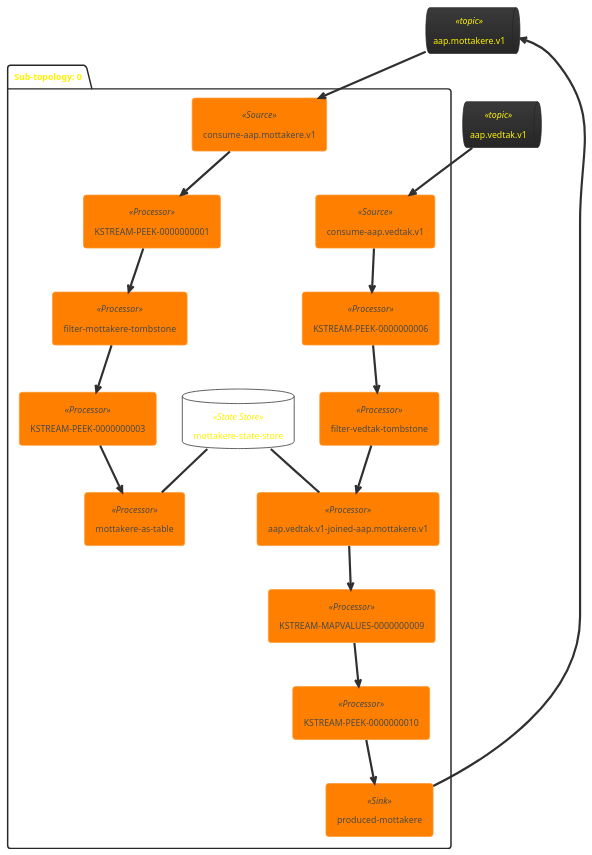
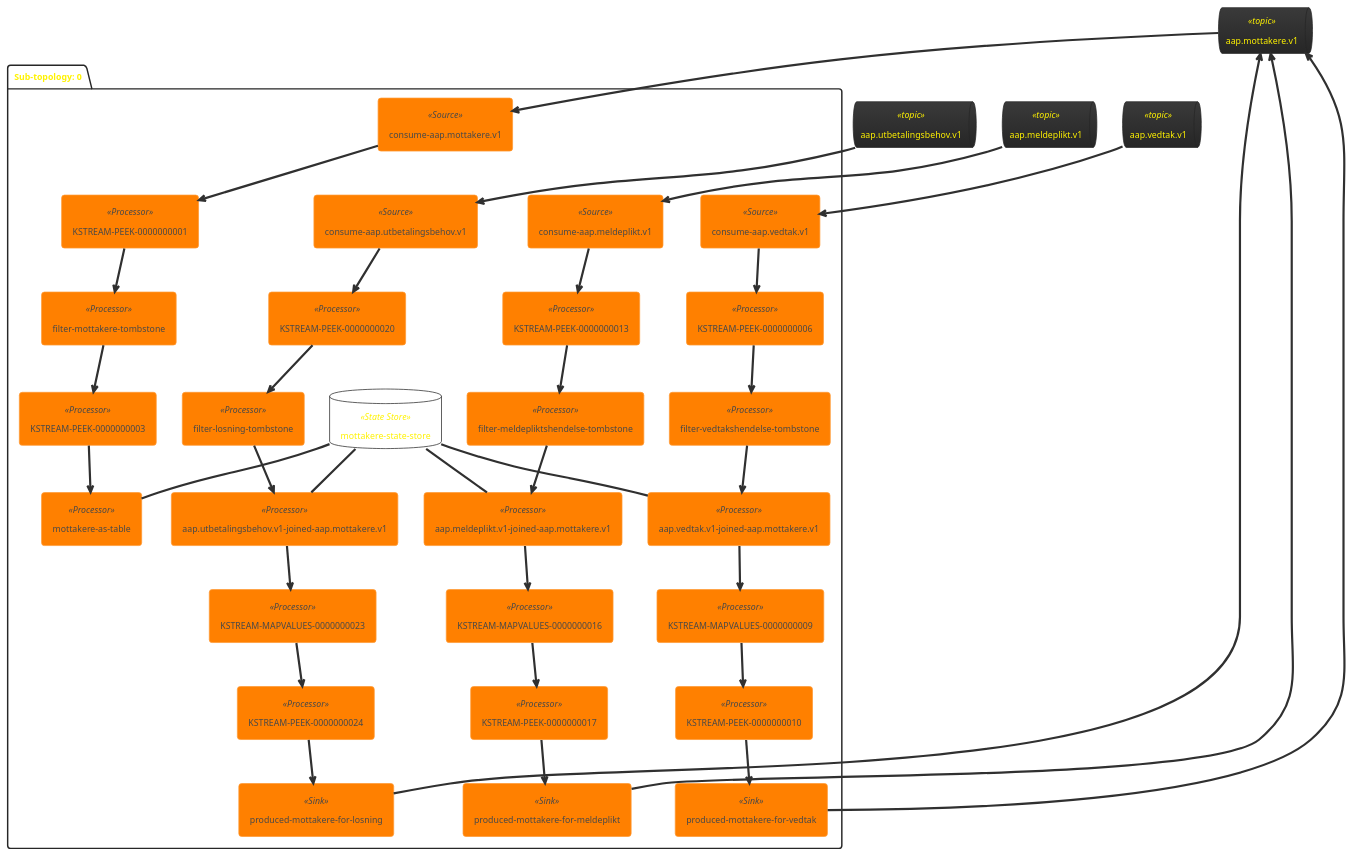
The diagram in doc/topology.puml (navikt/aap-utbetaling), drawn with PlantUML before and after one commit. The commit also changed 8 other files, not shown here.

```diff
--- a/doc/topology.puml
+++ b/doc/topology.puml
@@ -1,35 +1,69 @@
 @startuml
 !theme black-knight
 queue "aap.mottakere.v1" <<topic>> as aap_mottakere_v1
+queue "aap.meldeplikt.v1" <<topic>> as aap_meldeplikt_v1
+queue "aap.utbetalingsbehov.v1" <<topic>> as aap_utbetalingsbehov_v1
 queue "aap.vedtak.v1" <<topic>> as aap_vedtak_v1
 package "Sub-topology: 0" {
 	database "mottakere-state-store" <<State Store>> as mottakere_state_store
+	agent "consume-aap.meldeplikt.v1" <<Source>> as consume_aap_meldeplikt_v1
+	agent "consume-aap.utbetalingsbehov.v1" <<Source>> as consume_aap_utbetalingsbehov_v1
 	agent "consume-aap.vedtak.v1" <<Source>> as consume_aap_vedtak_v1
 	agent "KSTREAM-PEEK-0000000006" <<Processor>> as KSTREAM_PEEK_0000000006
+	agent "KSTREAM-PEEK-0000000013" <<Processor>> as KSTREAM_PEEK_0000000013
+	agent "KSTREAM-PEEK-0000000020" <<Processor>> as KSTREAM_PEEK_0000000020
 	agent "consume-aap.mottakere.v1" <<Source>> as consume_aap_mottakere_v1
-	agent "filter-vedtak-tombstone" <<Processor>> as filter_vedtak_tombstone
+	agent "filter-losning-tombstone" <<Processor>> as filter_losning_tombstone
+	agent "filter-meldepliktshendelse-tombstone" <<Processor>> as filter_meldepliktshendelse_tombstone
+	agent "filter-vedtakshendelse-tombstone" <<Processor>> as filter_vedtakshendelse_tombstone
 	agent "KSTREAM-PEEK-0000000001" <<Processor>> as KSTREAM_PEEK_0000000001
+	agent "aap.meldeplikt.v1-joined-aap.mottakere.v1" <<Processor>> as aap_meldeplikt_v1_joined_aap_mottakere_v1
+	agent "aap.utbetalingsbehov.v1-joined-aap.mottakere.v1" <<Processor>> as aap_utbetalingsbehov_v1_joined_aap_mottakere_v1
 	agent "aap.vedtak.v1-joined-aap.mottakere.v1" <<Processor>> as aap_vedtak_v1_joined_aap_mottakere_v1
 	agent "KSTREAM-MAPVALUES-0000000009" <<Processor>> as KSTREAM_MAPVALUES_0000000009
+	agent "KSTREAM-MAPVALUES-0000000016" <<Processor>> as KSTREAM_MAPVALUES_0000000016
+	agent "KSTREAM-MAPVALUES-0000000023" <<Processor>> as KSTREAM_MAPVALUES_0000000023
 	agent "filter-mottakere-tombstone" <<Processor>> as filter_mottakere_tombstone
 	agent "KSTREAM-PEEK-0000000003" <<Processor>> as KSTREAM_PEEK_0000000003
 	agent "KSTREAM-PEEK-0000000010" <<Processor>> as KSTREAM_PEEK_0000000010
+	agent "KSTREAM-PEEK-0000000017" <<Processor>> as KSTREAM_PEEK_0000000017
+	agent "KSTREAM-PEEK-0000000024" <<Processor>> as KSTREAM_PEEK_0000000024
 	agent "mottakere-as-table" <<Processor>> as mottakere_as_table
-	agent "produced-mottakere" <<Sink>> as produced_mottakere
+	agent "produced-mottakere-for-losning" <<Sink>> as produced_mottakere_for_losning
+	agent "produced-mottakere-for-meldeplikt" <<Sink>> as produced_mottakere_for_meldeplikt
+	agent "produced-mottakere-for-vedtak" <<Sink>> as produced_mottakere_for_vedtak
+	aap_meldeplikt_v1 --> consume_aap_meldeplikt_v1
+	aap_utbetalingsbehov_v1 --> consume_aap_utbetalingsbehov_v1
 	aap_vedtak_v1 --> consume_aap_vedtak_v1
 	aap_mottakere_v1 --> consume_aap_mottakere_v1
+	mottakere_state_store -- aap_meldeplikt_v1_joined_aap_mottakere_v1
+	mottakere_state_store -- aap_utbetalingsbehov_v1_joined_aap_mottakere_v1
 	mottakere_state_store -- aap_vedtak_v1_joined_aap_mottakere_v1
 	mottakere_state_store -- mottakere_as_table
-	aap_mottakere_v1 <-- produced_mottakere
+	aap_mottakere_v1 <-- produced_mottakere_for_losning
+	aap_mottakere_v1 <-- produced_mottakere_for_meldeplikt
+	aap_mottakere_v1 <-- produced_mottakere_for_vedtak
+	consume_aap_meldeplikt_v1 --> KSTREAM_PEEK_0000000013
+	consume_aap_utbetalingsbehov_v1 --> KSTREAM_PEEK_0000000020
 	consume_aap_vedtak_v1 --> KSTREAM_PEEK_0000000006
-	KSTREAM_PEEK_0000000006 --> filter_vedtak_tombstone
+	KSTREAM_PEEK_0000000006 --> filter_vedtakshendelse_tombstone
+	KSTREAM_PEEK_0000000013 --> filter_meldepliktshendelse_tombstone
+	KSTREAM_PEEK_0000000020 --> filter_losning_tombstone
 	consume_aap_mottakere_v1 --> KSTREAM_PEEK_0000000001
-	filter_vedtak_tombstone --> aap_vedtak_v1_joined_aap_mottakere_v1
+	filter_losning_tombstone --> aap_utbetalingsbehov_v1_joined_aap_mottakere_v1
+	filter_meldepliktshendelse_tombstone --> aap_meldeplikt_v1_joined_aap_mottakere_v1
+	filter_vedtakshendelse_tombstone --> aap_vedtak_v1_joined_aap_mottakere_v1
 	KSTREAM_PEEK_0000000001 --> filter_mottakere_tombstone
+	aap_meldeplikt_v1_joined_aap_mottakere_v1 --> KSTREAM_MAPVALUES_0000000016
+	aap_utbetalingsbehov_v1_joined_aap_mottakere_v1 --> KSTREAM_MAPVALUES_0000000023
 	aap_vedtak_v1_joined_aap_mottakere_v1 --> KSTREAM_MAPVALUES_0000000009
 	KSTREAM_MAPVALUES_0000000009 --> KSTREAM_PEEK_0000000010
+	KSTREAM_MAPVALUES_0000000016 --> KSTREAM_PEEK_0000000017
+	KSTREAM_MAPVALUES_0000000023 --> KSTREAM_PEEK_0000000024
 	filter_mottakere_tombstone --> KSTREAM_PEEK_0000000003
 	KSTREAM_PEEK_0000000003 --> mottakere_as_table
-	KSTREAM_PEEK_0000000010 --> produced_mottakere
+	KSTREAM_PEEK_0000000010 --> produced_mottakere_for_vedtak
+	KSTREAM_PEEK_0000000017 --> produced_mottakere_for_meldeplikt
+	KSTREAM_PEEK_0000000024 --> produced_mottakere_for_losning
 }
 @enduml
```
